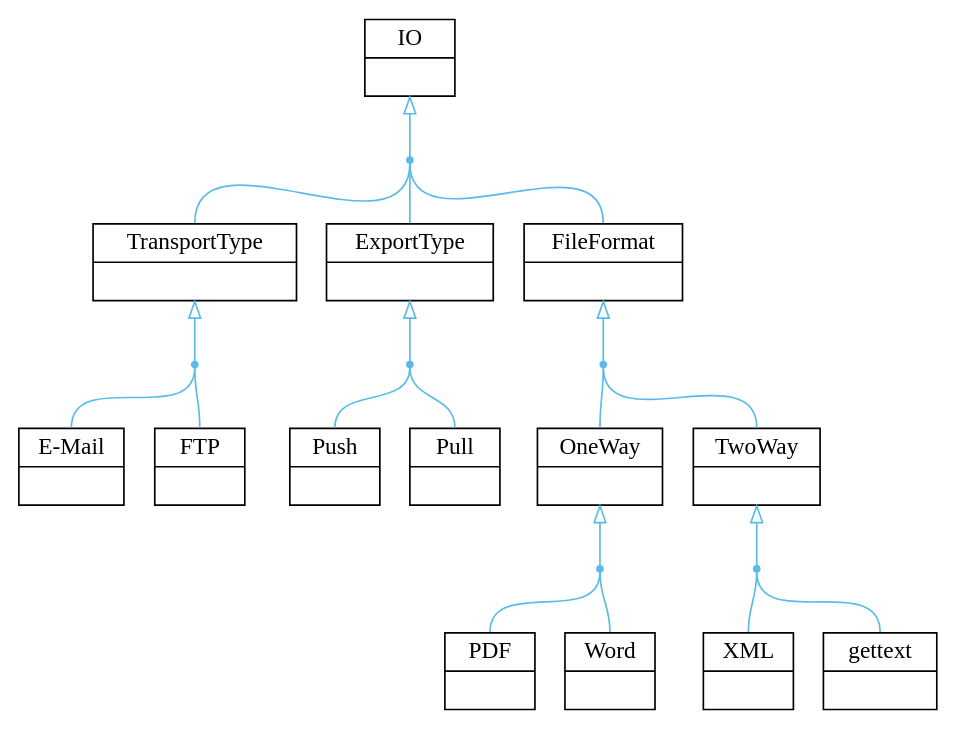
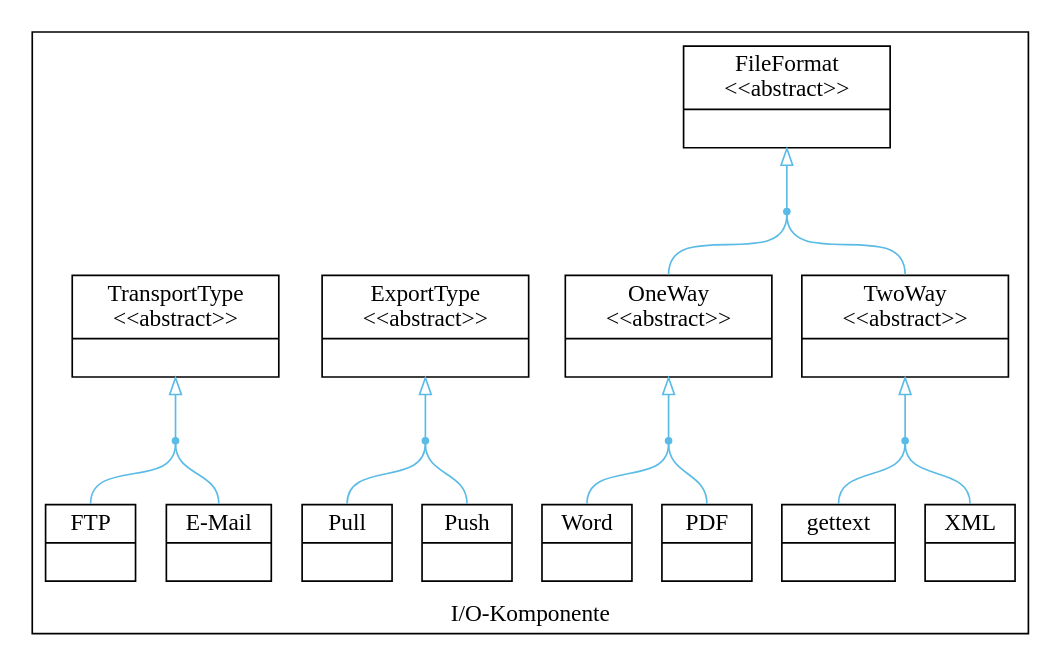
The diagram in documents/thesis/media/io.dot (retext/retext), drawn with Graphviz before and after one commit. The commit also changed 2 other files, not shown here.

```diff
--- a/documents/thesis/media/io.dot
+++ b/documents/thesis/media/io.dot
@@ -1,50 +1,50 @@
 digraph G {
 rankdir=BT
 
 node [ shape=record ]
 
-FileFormat [ label="{FileFormat|}" ]
-OneWay  [ label="{OneWay|}" ]
-TwoWay [ label="{TwoWay|}" ]
+subgraph cluster0 {
+label="I/O-Komponente"
+
+FileFormat [ label="{FileFormat\n&lt;&lt;abstract&gt;&gt;|}" ]
+OneWay  [ label="{OneWay\n&lt;&lt;abstract&gt;&gt;|}" ]
+TwoWay [ label="{TwoWay\n&lt;&lt;abstract&gt;&gt;|}" ]
 XML [ label="{XML|}" ]
 Gettext [ label="{gettext|}" ]
 PDF [ label="{PDF|}" ]
 Word [ label="{Word|}" ]
 
-IO [ label="{IO|}" ]
-TransportType [ label="{TransportType|}" ]
+
+TransportType [ label="{TransportType\n&lt;&lt;abstract&gt;&gt;|}" ]
 Push [ label="{Push|}" ]
 Pull [ label="{Pull|}" ]
 Email [ label="{E-Mail|}" ]
 FTP [ label="{FTP|}" ]
-ExportType [ label="{ExportType|}" ]
-
+ExportType [ label="{ExportType\n&lt;&lt;abstract&gt;&gt;|}" ]
 
 node [ shape=point color="#5abbe6" ]
 edge [ arrowhead=onormal headport=s tailport=n color="#5abbe6" ]
 
 TwoWayMerge -> TwoWay
 OneWayMerge -> OneWay
 FileFormatMerge -> FileFormat
-IOMerge -> IO
 TransportTypeMerge -> TransportType
 ExportTypeMerge -> ExportType
 
 edge [ arrowhead=none ]
 
 OneWay -> FileFormatMerge
 TwoWay -> FileFormatMerge
 XML -> TwoWayMerge
 Gettext -> TwoWayMerge
 PDF -> OneWayMerge
 Word -> OneWayMerge
 Push -> ExportTypeMerge
 Pull -> ExportTypeMerge
 FTP -> TransportTypeMerge
 Email -> TransportTypeMerge
+}
 
-FileFormat -> IOMerge
-ExportType -> IOMerge
-TransportType -> IOMerge
+
 
 }
```
